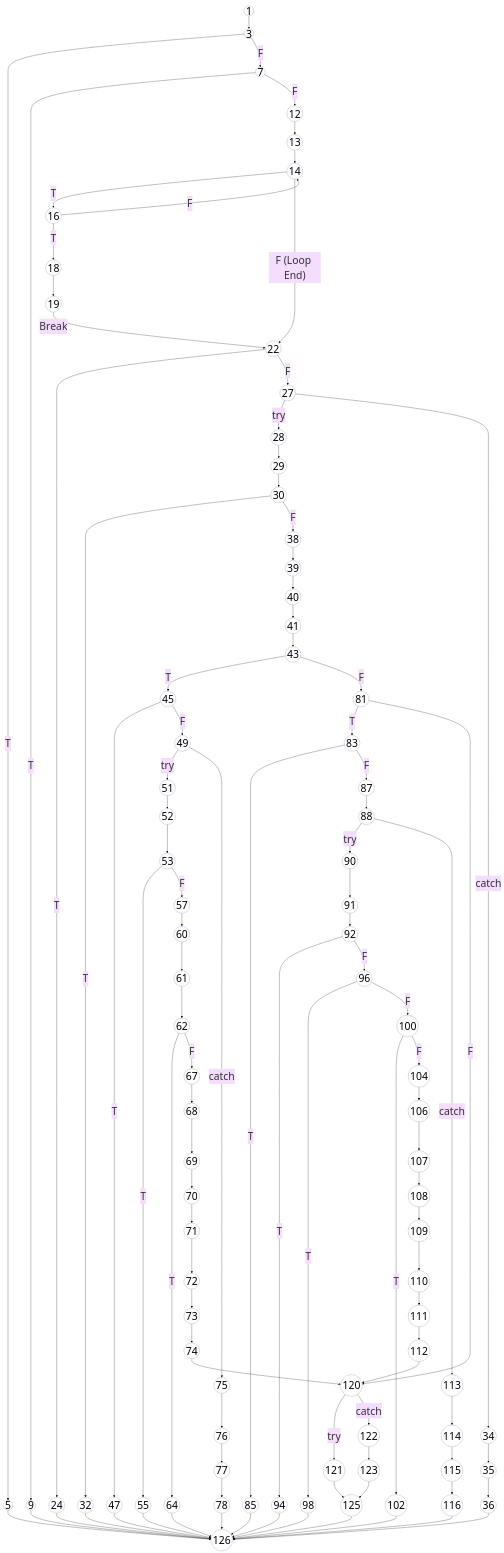
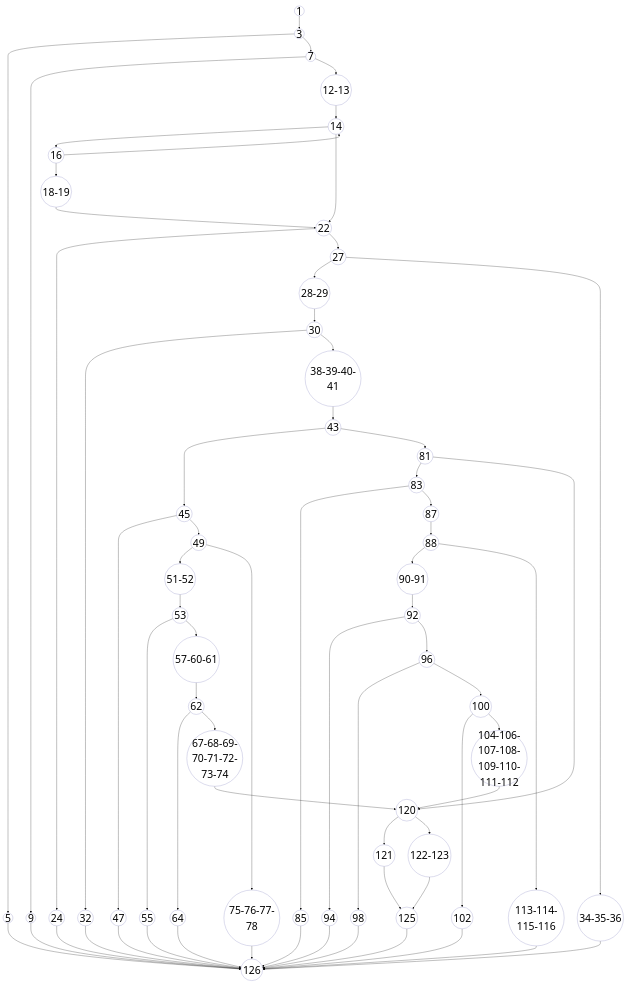
Before and after one commit to aryanhrc3428/Semester-5: the diagram in SE/ideathon/pseudocode/flowcharts/UC-16.mmd, drawn with Mermaid. The commit also changed 46 other files, not shown here.

```diff
--- a/SE/ideathon/pseudocode/flowcharts/UC-16.mmd
+++ b/SE/ideathon/pseudocode/flowcharts/UC-16.mmd
@@ -1,149 +1,111 @@
 ---
 config:
   theme: base
   themeVariables:
     fontSize: '40px'
 ---
 graph TD
     %% Base styling matching the reference CFG style
     classDef default fill:none,stroke:#a3a3d1,stroke-width:1.5px,color:#000;
     
     1((1)) --> 3((3))
     
-    3 -- T --> 5((5))
-    3 -- F --> 7((7))
+    3 --> 5((5))
+    3 --> 7((7))
     
-    7 -- T --> 9((9))
-    7 -- F --> 12((12))
+    7 --> 9((9))
+    7 --> 12-13((12-13))
     
-    12 --> 13((13))
-    13 --> 14((14))
+    12-13 --> 14((14))
     
-    14 -- T --> 16((16))
-    14 -- F (Loop End) --> 22((22))
+    14 --> 16((16))
+    14 --> 22((22))
     
-    16 -- T --> 18((18))
-    16 -- F --> 14
+    16 --> 18-19((18-19))
+    16 --> 14
     
-    18 --> 19((19))
-    19 -- Break --> 22
+    18-19 --> 22
     
-    22 -- T --> 24((24))
-    22 -- F --> 27((27))
+    22 --> 24((24))
+    22 --> 27((27))
     
-    27 -- try --> 28((28))
-    27 -- catch --> 34((34))
+    27 --> 28-29((28-29))
+    27 --> 34-35-36((34-35-36))
     
-    28 --> 29((29))
-    29 --> 30((30))
+    28-29 --> 30((30))
     
-    30 -- T --> 32((32))
-    30 -- F --> 38((38))
+    30 --> 32((32))
+    30 --> 38-39-40-41((38-39-40-41))
     
-    34 --> 35((35))
-    35 --> 36((36))
-    
-    38 --> 39((39))
-    39 --> 40((40))
-    40 --> 41((41))
-    41 --> 43((43))
+    38-39-40-41 --> 43((43))
     
     %% Branch A: Schedule
-    43 -- T --> 45((45))
-    43 -- F --> 81((81))
+    43 --> 45((45))
+    43 --> 81((81))
     
-    45 -- T --> 47((47))
-    45 -- F --> 49((49))
+    45 --> 47((47))
+    45 --> 49((49))
     
-    49 -- try --> 51((51))
-    49 -- catch --> 75((75))
+    49 --> 51-52((51-52))
+    49 --> 75-76-77-78((75-76-77-78))
     
-    51 --> 52((52))
-    52 --> 53((53))
+    51-52 --> 53((53))
     
-    53 -- T --> 55((55))
-    53 -- F --> 57((57))
+    53 --> 55((55))
+    53 --> 57-60-61((57-60-61))
     
-    57 --> 60((60))
-    60 --> 61((61))
-    61 --> 62((62))
+    57-60-61 --> 62((62))
     
-    62 -- T --> 64((64))
-    62 -- F --> 67((67))
+    62 --> 64((64))
+    62 --> 67-68-69-70-71-72-73-74((67-68-69-70-71-72-73-74))
     
-    67 --> 68((68))
-    68 --> 69((69))
-    69 --> 70((70))
-    70 --> 71((71))
-    71 --> 72((72))
-    72 --> 73((73))
-    73 --> 74((74))
-    
-    74 --> 120((120))
-    
-    75 --> 76((76))
-    76 --> 77((77))
-    77 --> 78((78))
+    67-68-69-70-71-72-73-74 --> 120((120))
     
     %% Branch B: Cancel
-    81 -- T --> 83((83))
-    81 -- F --> 120
+    81 --> 83((83))
+    81 --> 120
     
-    83 -- T --> 85((85))
-    83 -- F --> 87((87))
+    83 --> 85((85))
+    83 --> 87((87))
     
     87 --> 88((88))
-    88 -- try --> 90((90))
-    88 -- catch --> 113((113))
+    88 --> 90-91((90-91))
+    88 --> 113-114-115-116((113-114-115-116))
     
-    90 --> 91((91))
-    91 --> 92((92))
+    90-91 --> 92((92))
     
-    92 -- T --> 94((94))
-    92 -- F --> 96((96))
+    92 --> 94((94))
+    92 --> 96((96))
     
-    96 -- T --> 98((98))
-    96 -- F --> 100((100))
+    96 --> 98((98))
+    96 --> 100((100))
     
-    100 -- T --> 102((102))
-    100 -- F --> 104((104))
+    100 --> 102((102))
+    100 --> 104-106-107-108-109-110-111-112((104-106-107-108-109-110-111-112))
     
-    104 --> 106((106))
-    106 --> 107((107))
-    107 --> 108((108))
-    108 --> 109((109))
-    109 --> 110((110))
-    110 --> 111((111))
-    111 --> 112((112))
-    
-    112 --> 120
-    
-    113 --> 114((114))
-    114 --> 115((115))
-    115 --> 116((116))
+    104-106-107-108-109-110-111-112 --> 120
     
     %% Notification
-    120 -- try --> 121((121))
-    120 -- catch --> 122((122))
+    120 --> 121((121))
+    120 --> 122-123((122-123))
     
     121 --> 125((125))
     
-    122 --> 123((123))
-    123 --> 125
+    122-123 --> 125
     
     %% Terminal error returns and catches syncing to the final end node (126)
     5 --> 126((126))
     9 --> 126
     24 --> 126
     32 --> 126
-    36 --> 126
+    34-35-36 --> 126
     47 --> 126
     55 --> 126
     64 --> 126
-    78 --> 126
+    75-76-77-78 --> 126
     85 --> 126
     94 --> 126
     98 --> 126
     102 --> 126
-    116 --> 126
+    113-114-115-116 --> 126
     125 --> 126
```
